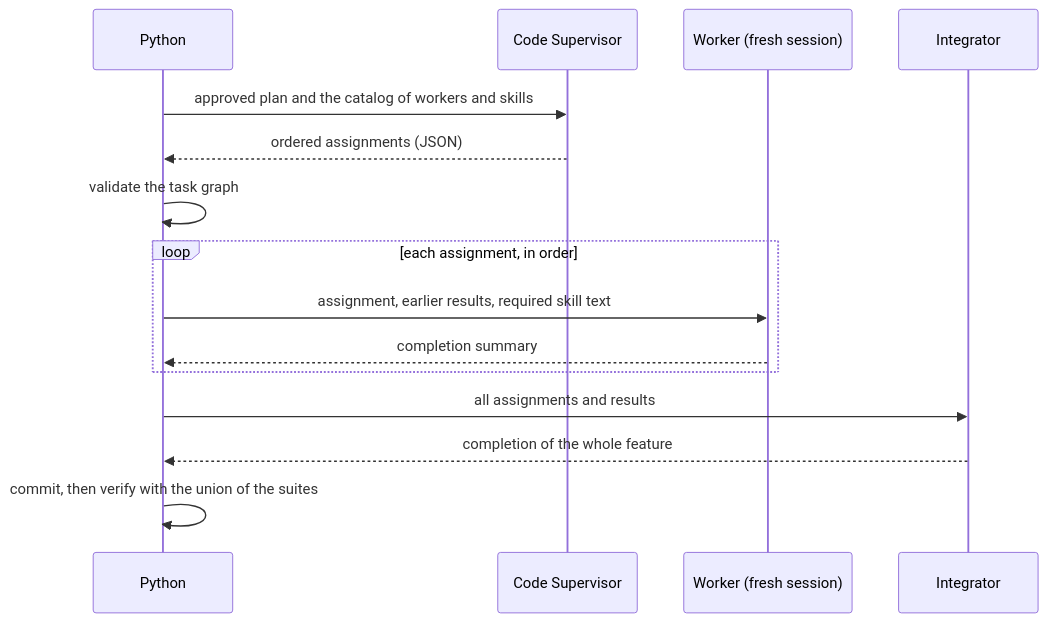
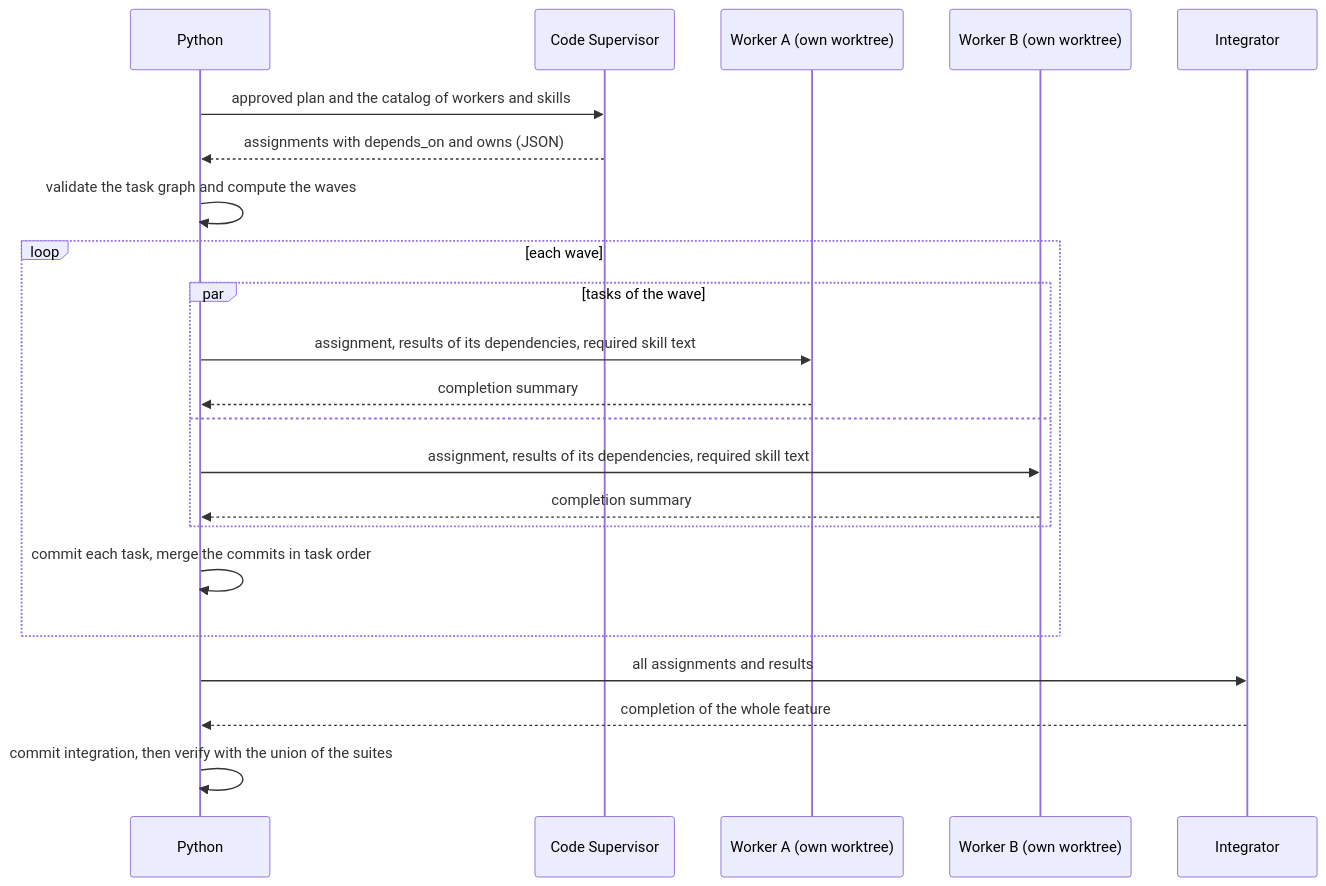
One commit to somr/awscao_agenticwflw changed the first of 2 diagrams in agentic-sdlc-docs/workflows/hybrid-delivery.md. Above: the diagram before and after it, drawn with Mermaid. The commit also changed other lines of this file and 6 other files, not shown here.

````diff
--- a/agentic-sdlc-docs/workflows/hybrid-delivery.md
+++ b/agentic-sdlc-docs/workflows/hybrid-delivery.md
@@ -21,17 +23,24 @@
 ```mermaid
 sequenceDiagram
     participant P as Python
     participant S as Code Supervisor
-    participant W as Worker (fresh session)
+    participant W1 as Worker A (own worktree)
+    participant W2 as Worker B (own worktree)
     participant I as Integrator
     P->>S: approved plan and the catalog of workers and skills
-    S-->>P: ordered assignments (JSON)
-    P->>P: validate the task graph
-    loop each assignment, in order
-        P->>W: assignment, earlier results, required skill text
-        W-->>P: completion summary
+    S-->>P: assignments with depends_on and owns (JSON)
+    P->>P: validate the task graph and compute the waves
+    loop each wave
+        par tasks of the wave
+            P->>W1: assignment, results of its dependencies, required skill text
+            W1-->>P: completion summary
+        and
+            P->>W2: assignment, results of its dependencies, required skill text
+            W2-->>P: completion summary
+        end
+        P->>P: commit each task, merge the commits in task order
     end
     P->>I: all assignments and results
     I-->>P: completion of the whole feature
-    P->>P: commit, then verify with the union of the suites
+    P->>P: commit integration, then verify with the union of the suites
 ```
````
